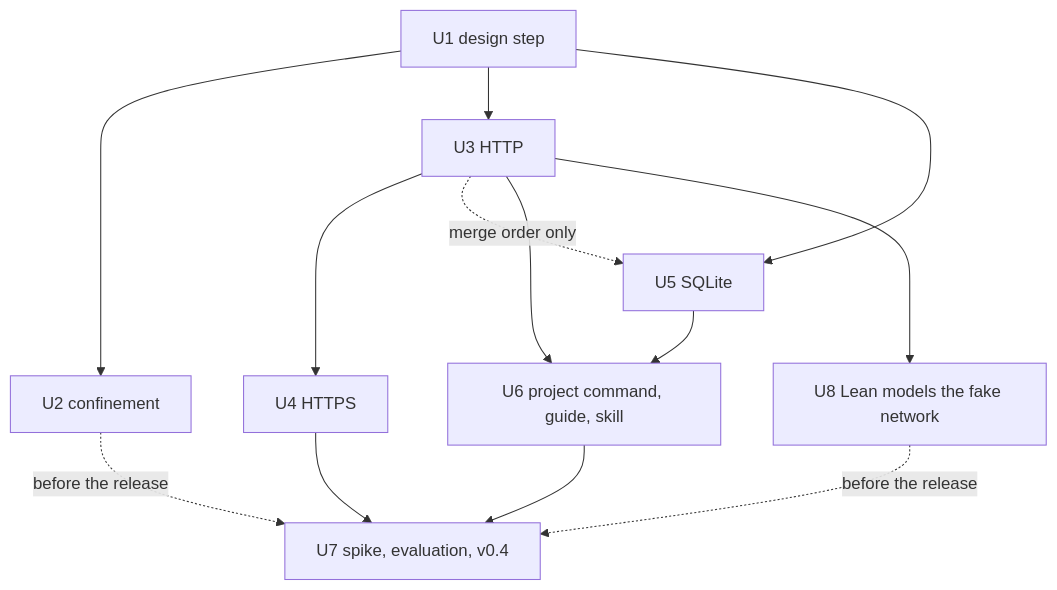
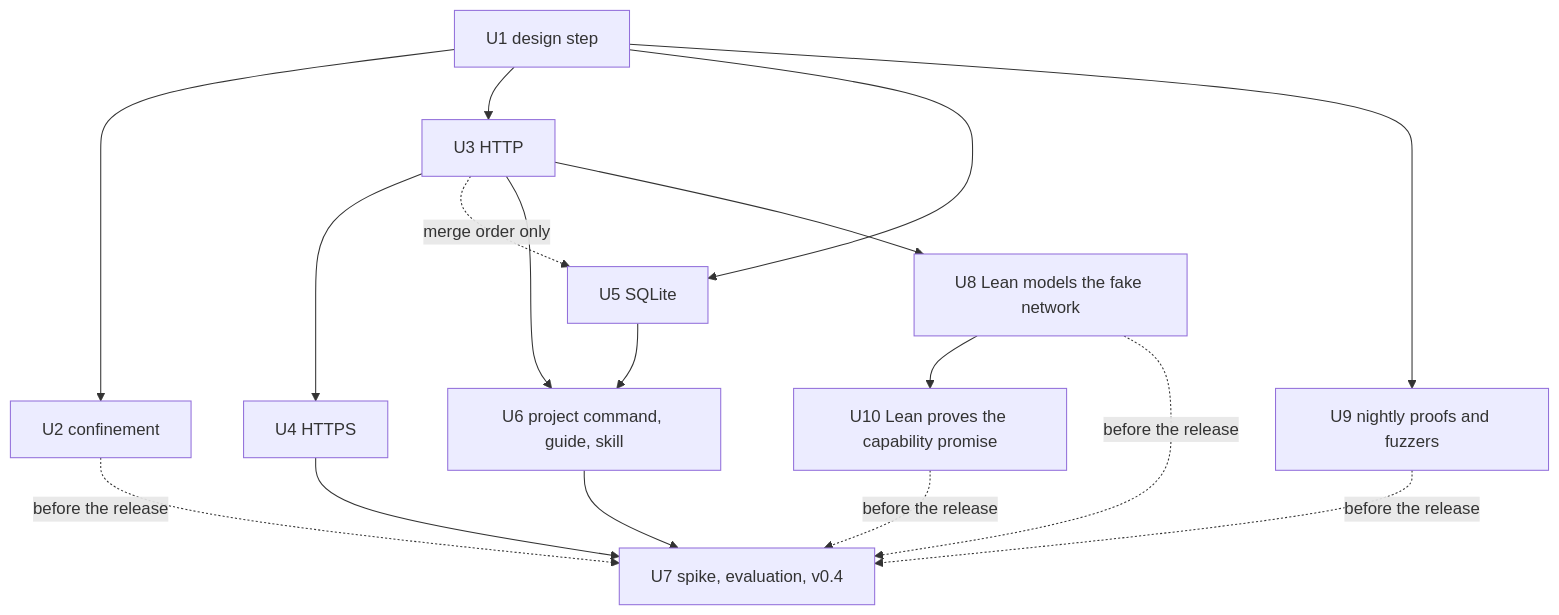
The second of 2 diagrams in docs/plans/2026-11-17-1900-feat-phase7-outside-world-plan.md (robertguss/mo), drawn with Mermaid before and after one commit. The commit also changed other lines of this file and 1 other file, not shown here.

First line of the commit message:
Plan a nightly for the proofs and fuzzers, and theorems for the capability promise

````diff
--- a/docs/plans/2026-11-17-1900-feat-phase7-outside-world-plan.md
+++ b/docs/plans/2026-11-17-1900-feat-phase7-outside-world-plan.md
@@ -252,15 +253,19 @@
 ```mermaid
 flowchart TB
   U1[U1 design step] --> U2[U2 confinement]
   U1 --> U3[U3 HTTP]
   U1 --> U5[U5 SQLite]
   U3 --> U4[U4 HTTPS]
   U3 -.->|merge order only| U5
   U3 --> U6[U6 project command, guide, skill]
   U5 --> U6
   U3 --> U8[U8 Lean models the fake network]
+  U1 --> U9[U9 nightly proofs and fuzzers]
+  U8 --> U10[U10 Lean proves the capability promise]
   U4 --> U7[U7 spike, evaluation, v0.4]
   U6 --> U7
   U2 -.->|before the release| U7
   U8 -.->|before the release| U7
+  U9 -.->|before the release| U7
+  U10 -.->|before the release| U7
 ```
````
